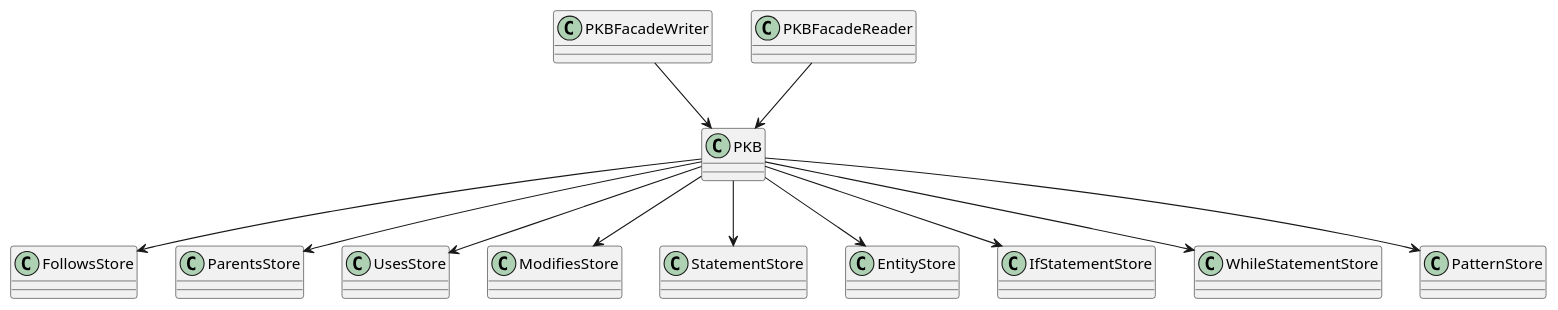
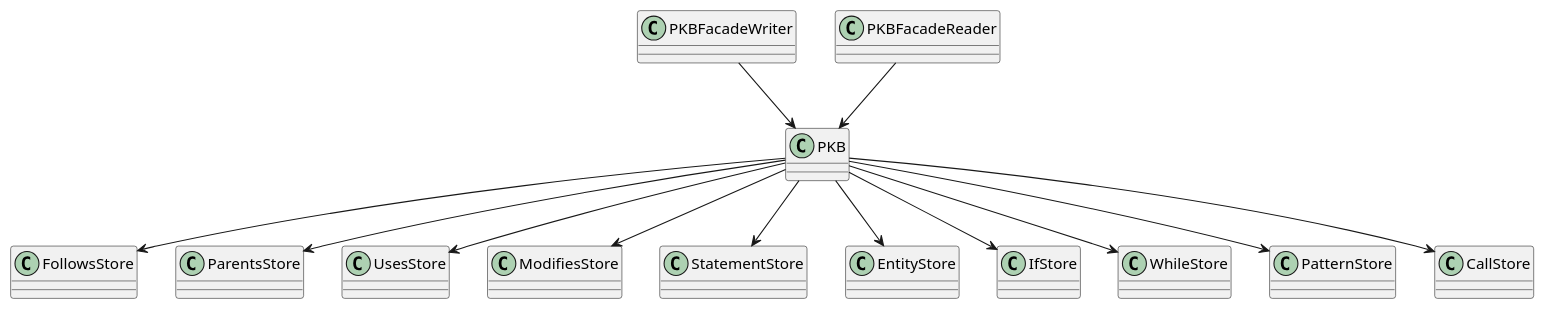
Before and after one commit to yl-ang/static-program-analyzer: the diagram in Team09/Code09/docs/class diagrams/PKB High Level Class.puml, drawn with PlantUML. The commit also changed 2 other files, not shown here.

Commit message:
Update plant uml for PKB

```diff
--- a/Team09/Code09/docs/class diagrams/PKB High Level Class.puml
+++ b/Team09/Code09/docs/class diagrams/PKB High Level Class.puml
@@ -1,25 +1,27 @@
 @startuml
 class           PKBFacadeWriter
 class           PKBFacadeReader
 class           PKB
 class           FollowsStore
 class           ParentsStore
 class           UsesStore
 class           ModifiesStore
 class           StatementStore
 class           EntityStore
-class           IfStatementStore
-class           WhileStatementStore
+class           IfStore
+class           WhileStore
 class           PatternStore
+class           CallStore
 PKBFacadeWriter           -->           PKB
 PKBFacadeReader           -->           PKB
 PKB           -->           FollowsStore
 PKB           -->           ParentsStore
 PKB           -->           UsesStore
 PKB           -->           ModifiesStore
 PKB           -->           StatementStore
 PKB           -->           EntityStore
-PKB           -->           IfStatementStore
-PKB           -->           WhileStatementStore
+PKB           -->           IfStore
+PKB           -->           WhileStore
+PKB           -->           CallStore
 PKB           -->           PatternStore
 @enduml
```
